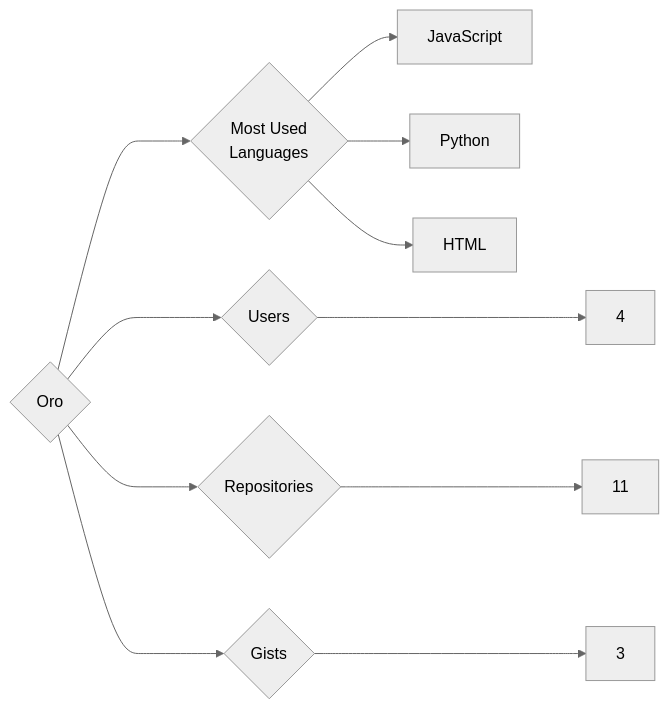
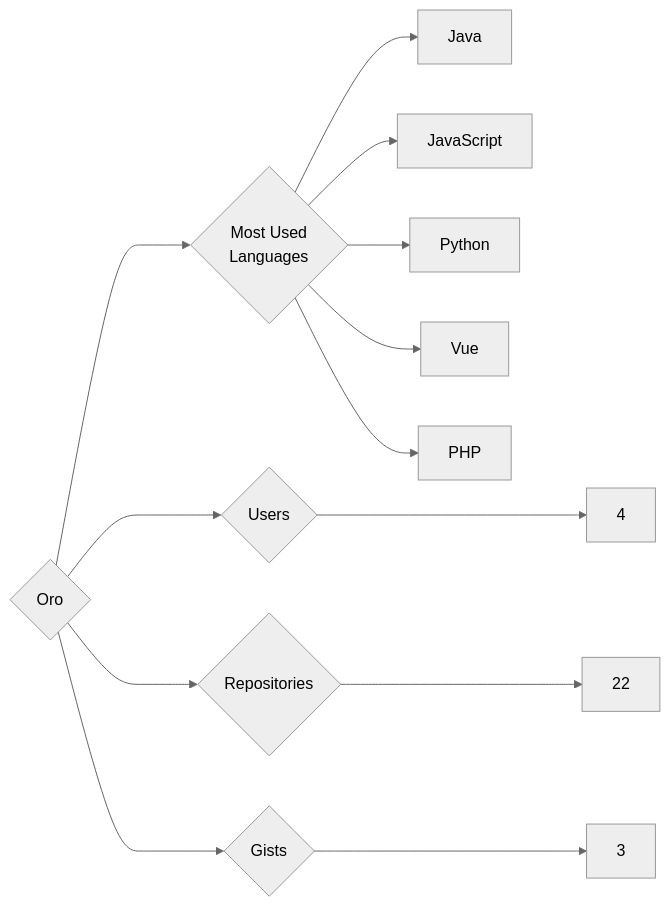
One commit to trickest/insiders changed the diagram in targets/Oro/README.md. Above: the diagram before and after it, drawn with Mermaid (neutral theme). The commit also changed 976 other files, not shown here.

````diff
--- a/targets/Oro/README.md
+++ b/targets/Oro/README.md
@@ -3,11 +3,13 @@
 ```mermaid
 graph LR
 COMPANY_NAME{Oro}
 COMPANY_NAME ---> U{Users} ---> UN[4]
-COMPANY_NAME ---> R{Repositories} ---> RN[11]
+COMPANY_NAME ---> R{Repositories} ---> RN[22]
 COMPANY_NAME ---> G{Gists} ---> GN[3]
 COMPANY_NAME ---> ML{Most Used<br>Languages}
+ML --> Java[Java]
 ML --> JavaScript[JavaScript]
 ML --> Python[Python]
-ML --> HTML[HTML]
+ML --> Vue[Vue]
+ML --> PHP[PHP]
 ```
````
